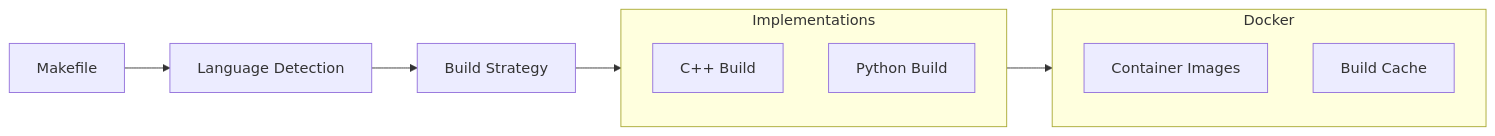
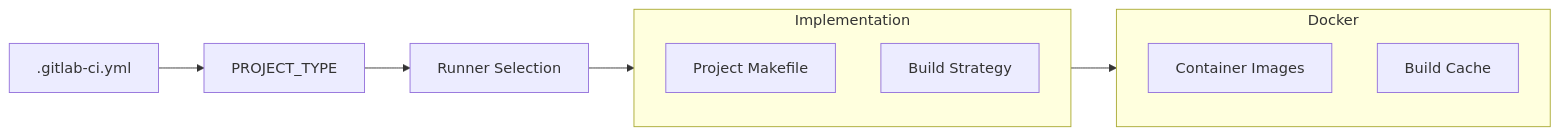
Before and after one commit to jlheater/test-project-123456: the seventh of 7 diagrams in memory-bank/systemPatterns.md, drawn with Mermaid. The commit also changed other lines of this file and 2 other files, not shown here.

Commit message:
Update activeContext.md and systemPatterns.md to reflect documentation restructuring and generic make targets implementation

````diff
--- a/memory-bank/systemPatterns.md
+++ b/memory-bank/systemPatterns.md
@@ -181,19 +195,19 @@
 ```mermaid
 flowchart LR
-    Make["Makefile"] --> Detect["Language Detection"]
-    Detect --> Strategy["Build Strategy"]
+    Project[".gitlab-ci.yml"] --> Type["PROJECT_TYPE"]
+    Type --> Runner["Runner Selection"]
     
-    subgraph Implementations
-        CPP["C++ Build"]
-        PY["Python Build"]
+    subgraph Implementation
+        Make["Project Makefile"]
+        Build["Build Strategy"]
     end
     
-    Strategy --> Implementations
+    Runner --> Implementation
     
     subgraph Docker
         Images["Container Images"]
         Cache["Build Cache"]
     end
     
-    Implementations --> Docker
+    Implementation --> Docker
 ```
````
